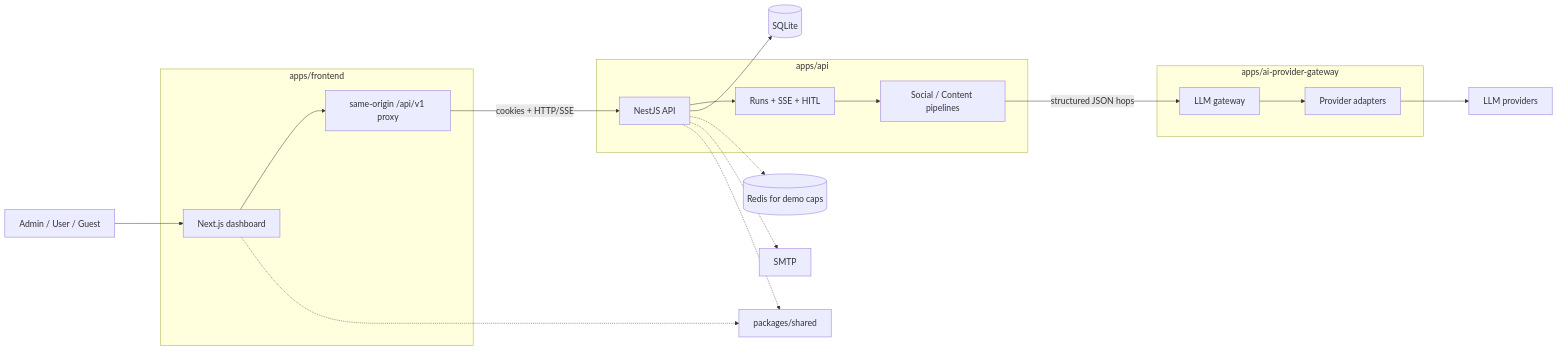
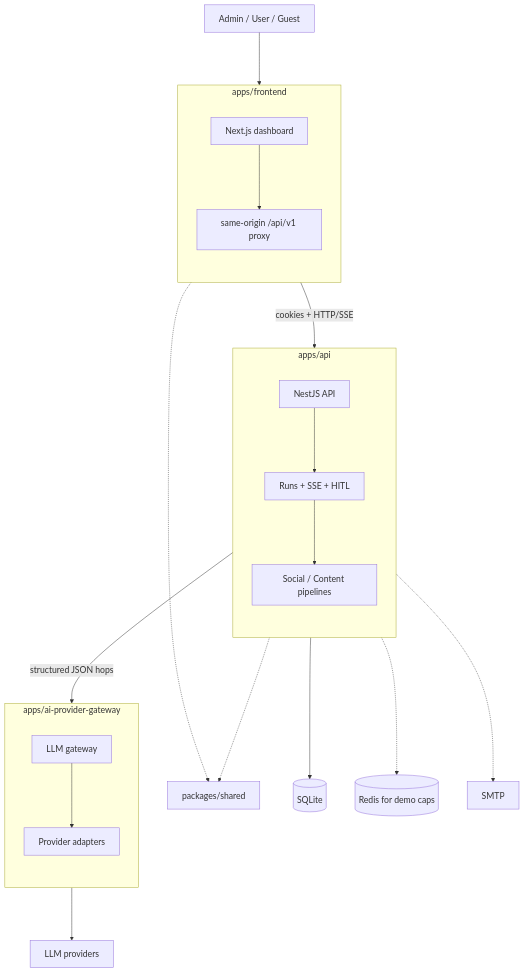
Before and after one commit to matej2314/content-chain: the first of 4 diagrams in README.md, drawn with Mermaid. The commit also changed other lines of this file, not shown here.

Commit message:
Remove problematic badges, change architecture graph orientation

````diff
--- a/README.md
+++ b/README.md
@@ -65,44 +65,47 @@
 ```mermaid
-%%{init: {"themeVariables": {"fontSize": "18px"}, "flowchart": {"nodeSpacing": 70, "rankSpacing": 95}}}%%
-flowchart LR
+%%{init: {"themeVariables": {"fontSize": "18px"}, "flowchart": {"nodeSpacing": 60, "rankSpacing": 110}}}%%
+flowchart TD
   User["Admin / User / Guest"]
 
   subgraph Frontend["apps/frontend"]
+    direction TB
     FE["Next.js dashboard"]
     BFF["same-origin /api/v1 proxy"]
   end
 
   subgraph Backend["apps/api"]
+    direction TB
     API["NestJS API"]
     Runs["Runs + SSE + HITL"]
     Agents["Social / Content pipelines"]
   end
 
   subgraph Gateway["apps/ai-provider-gateway"]
+    direction TB
     GW["LLM gateway"]
     Providers["Provider adapters"]
   end
 
   Shared["packages/shared"]
   DB[(SQLite)]
   Redis[(Redis for demo caps)]
   SMTP["SMTP"]
   Vendors["LLM providers"]
 
   User --> FE
   FE --> BFF
   BFF -->|"cookies + HTTP/SSE"| API
   API --> Runs
   Runs --> Agents
   Agents -->|"structured JSON hops"| GW
   GW --> Providers
   Providers --> Vendors
   API --> DB
   API -.-> Redis
   API -.-> SMTP
   FE -.-> Shared
   API -.-> Shared
 
   classDef largeText font-size:18px
   class User,FE,BFF,API,Runs,Agents,GW,Providers,Shared,DB,Redis,SMTP,Vendors largeText
 ```
````
